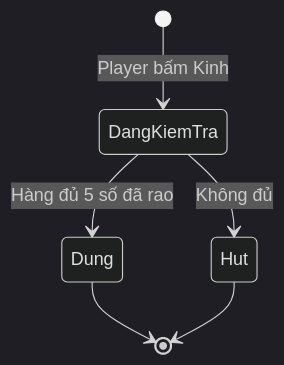
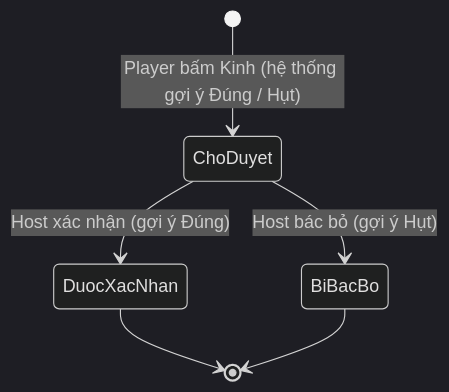
Before and after one commit to Thachdong/loto: diagram 24 of 24 in idea/business-flows.md, drawn with Mermaid (dark theme). The commit also changed other lines of this file and 22 other files, not shown here.

````diff
--- a/idea/business-flows.md
+++ b/idea/business-flows.md
@@ -909,8 +934,8 @@
 ```mermaid
 stateDiagram-v2
-  [*] --> DangKiemTra: Player bấm Kinh
-  DangKiemTra --> Dung: Hàng đủ 5 số đã rao
-  DangKiemTra --> Hut: Không đủ
-  Dung --> [*]
-  Hut --> [*]
+  [*] --> ChoDuyet: Player bấm Kinh (hệ thống gợi ý Đúng / Hụt)
+  ChoDuyet --> DuocXacNhan: Host xác nhận (gợi ý Đúng)
+  ChoDuyet --> BiBacBo: Host bác bỏ (gợi ý Hụt)
+  DuocXacNhan --> [*]
+  BiBacBo --> [*]
 ```
````
